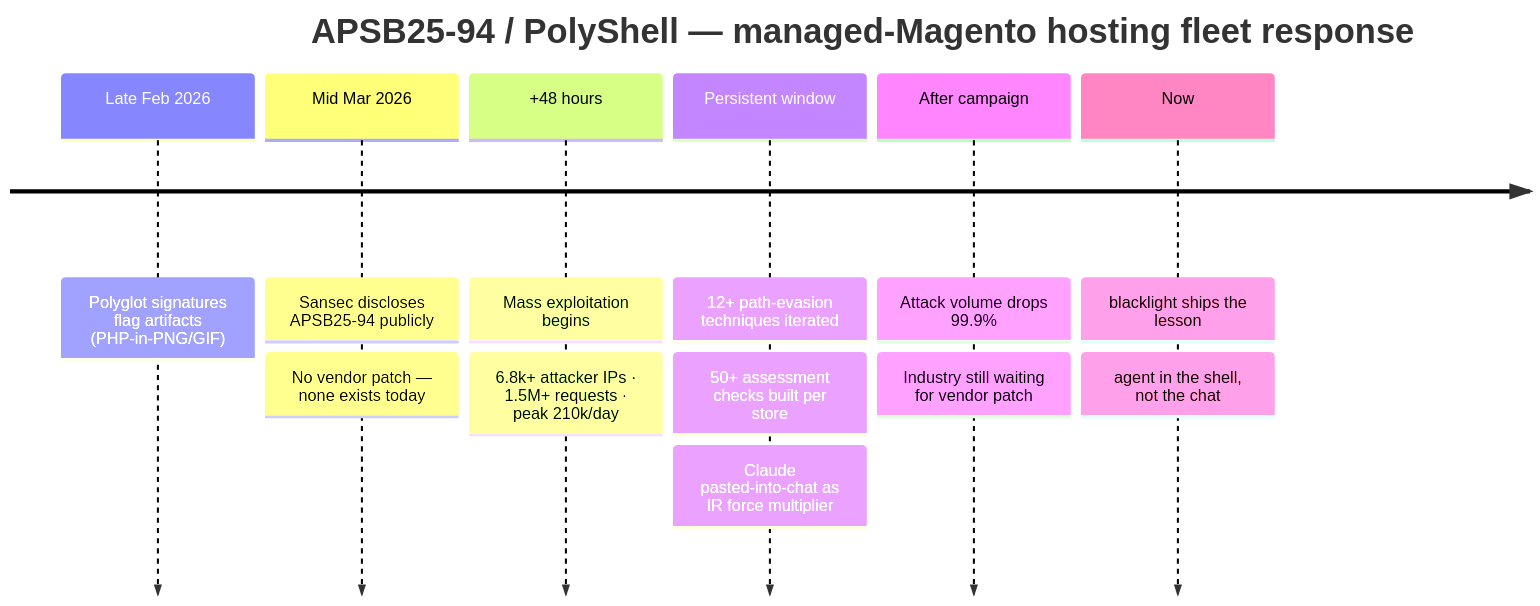
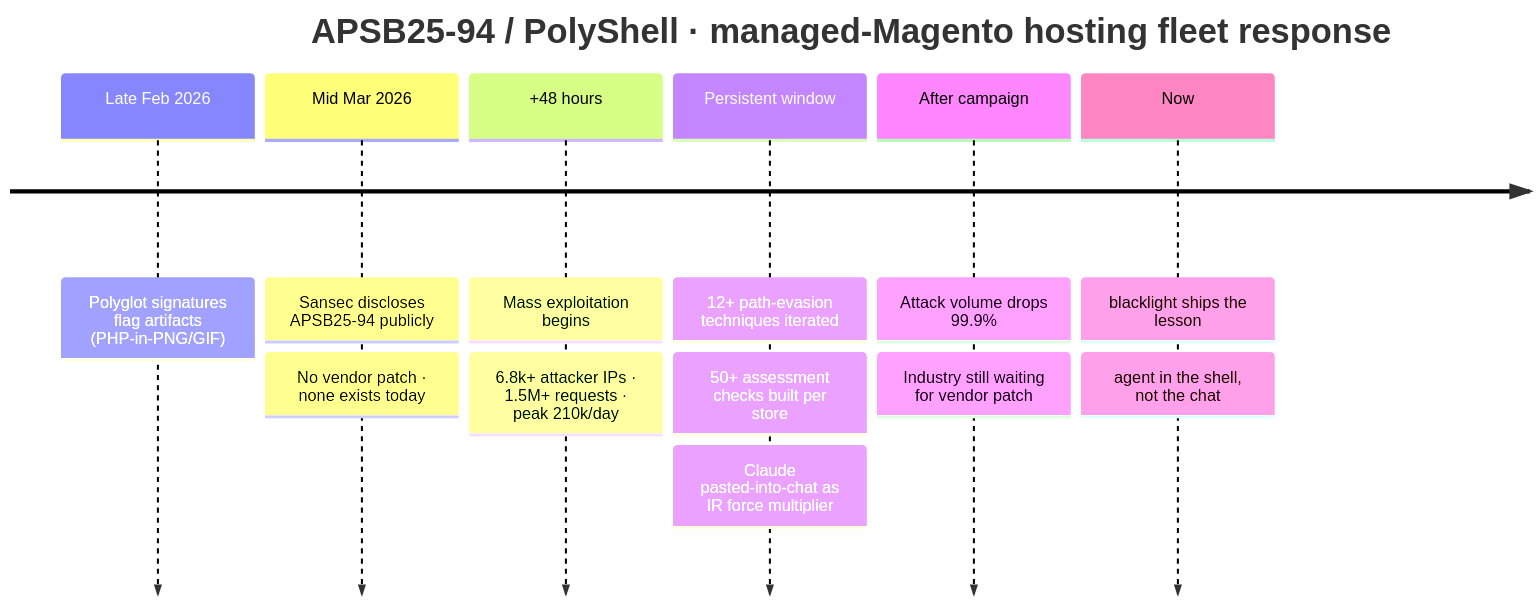
The second of 5 diagrams in README.md (rfxn/blacklight), drawn with Mermaid before and after one commit. The commit also changed other lines of this file and 1 other file, not shown here.

````diff
--- a/README.md
+++ b/README.md
@@ -131,16 +131,16 @@
 ```mermaid
 timeline
-    title APSB25-94 / PolyShell — managed-Magento hosting fleet response
+    title APSB25-94 / PolyShell · managed-Magento hosting fleet response
     Late Feb 2026 : Polyglot signatures flag artifacts (PHP-in-PNG/GIF)
     Mid Mar 2026 : Sansec discloses APSB25-94 publicly
-                 : No vendor patch — none exists today
+                 : No vendor patch · none exists today
     +48 hours : Mass exploitation begins
               : 6.8k+ attacker IPs · 1.5M+ requests · peak 210k/day
     Persistent window : 12+ path-evasion techniques iterated
                       : 50+ assessment checks built per store
                       : Claude pasted-into-chat as IR force multiplier
     After campaign : Attack volume drops 99.9%
                    : Industry still waiting for vendor patch
     Now : blacklight ships the lesson
         : agent in the shell, not the chat
 ```
````
